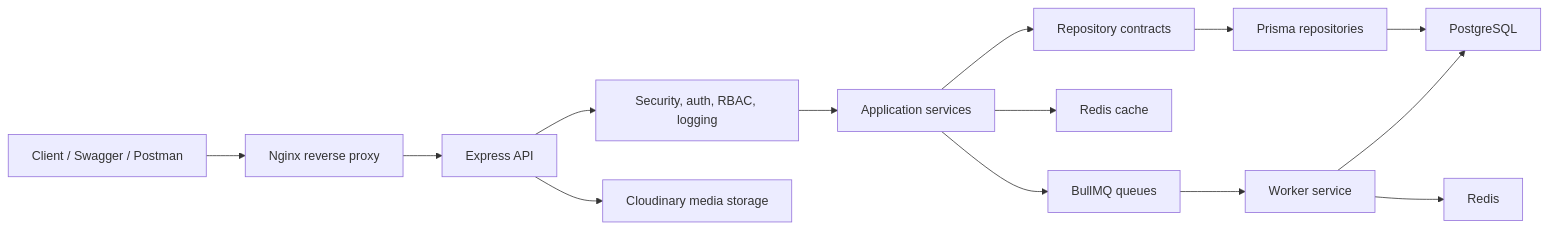
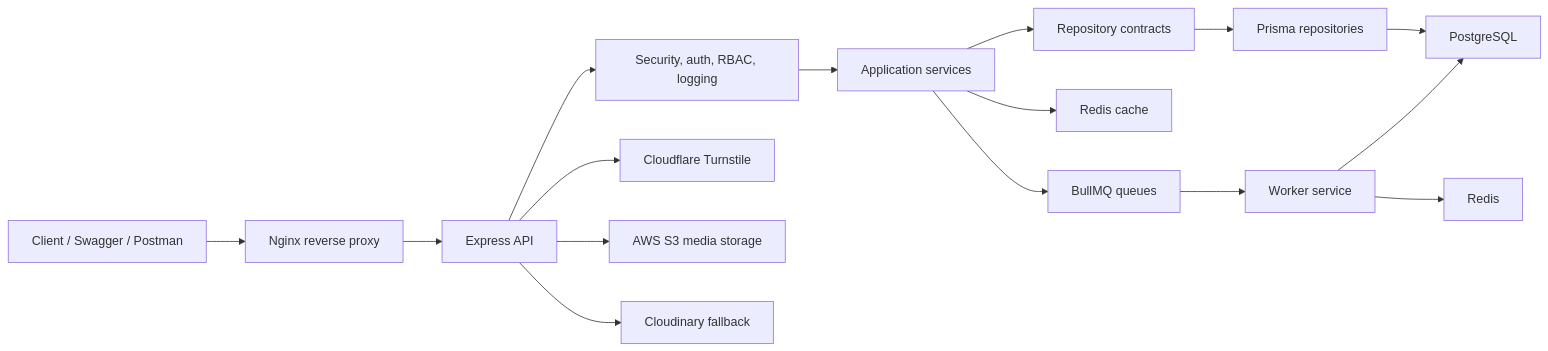
The diagram in README.md (tushar-gour/streamly-server), drawn with Mermaid before and after one commit. The commit also changed other lines of this file and 44 other files, not shown here.

````diff
--- a/README.md
+++ b/README.md
@@ -69,16 +69,18 @@
 ```mermaid
 flowchart LR
     Client["Client / Swagger / Postman"] --> Nginx["Nginx reverse proxy"]
     Nginx --> API["Express API"]
     API --> Middleware["Security, auth, RBAC, logging"]
     Middleware --> Services["Application services"]
     Services --> Repositories["Repository contracts"]
     Repositories --> Prisma["Prisma repositories"]
     Prisma --> Postgres["PostgreSQL"]
     Services --> Cache["Redis cache"]
     Services --> Queues["BullMQ queues"]
     Queues --> Worker["Worker service"]
     Worker --> Redis["Redis"]
     Worker --> Postgres
-    API --> Cloudinary["Cloudinary media storage"]
+    API --> Cloudflare["Cloudflare Turnstile"]
+    API --> S3["AWS S3 media storage"]
+    API --> Cloudinary["Cloudinary fallback"]
 ```
````
